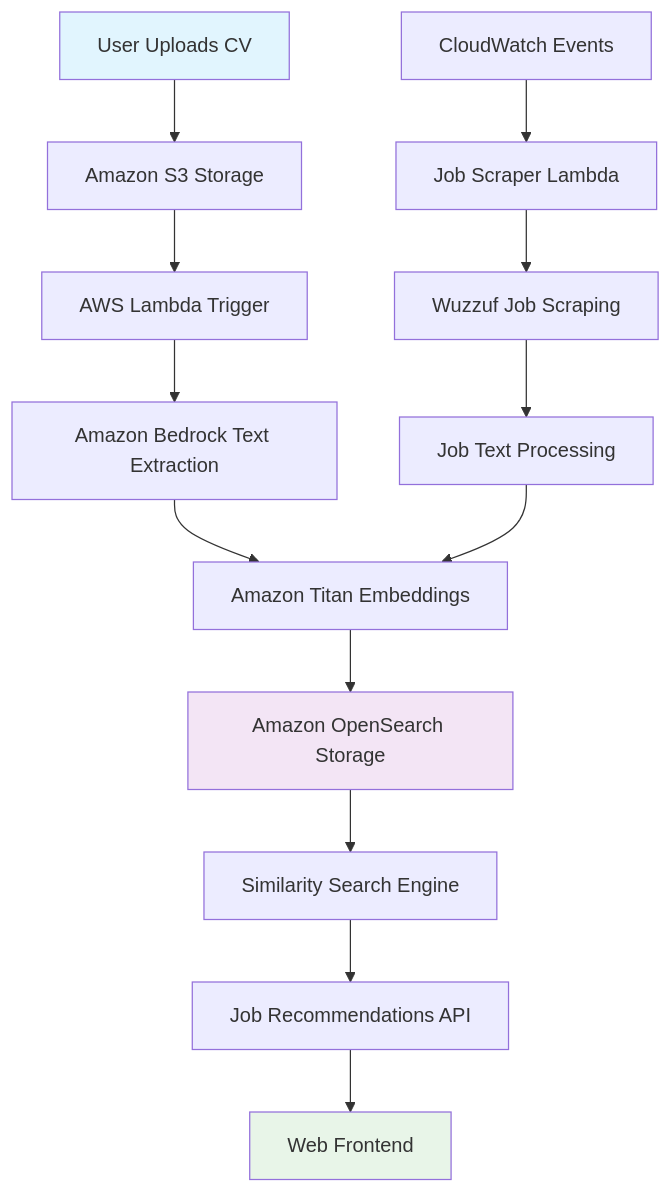
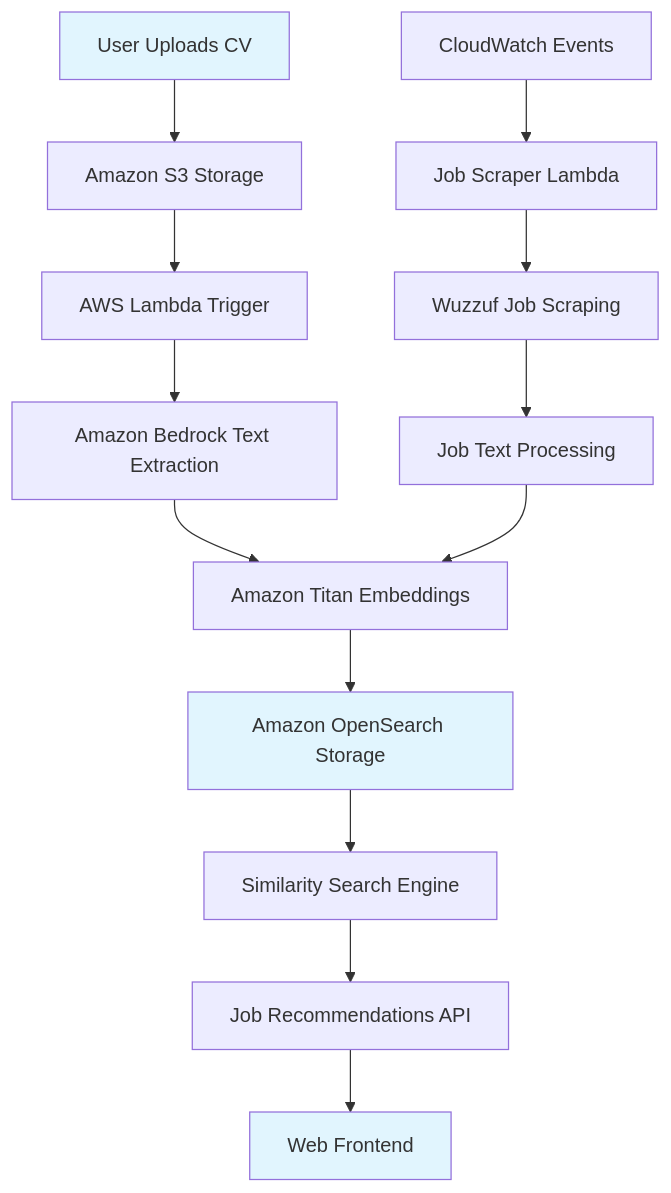
Before and after one commit to mohamedelhariry00/AI-Powered-Job-Recommendation-System: the diagram in Readme.md, drawn with Mermaid.

````diff
--- a/Readme.md
+++ b/Readme.md
@@ -57,21 +57,21 @@
 ```mermaid
 graph TB
     A[User Uploads CV] --> B[Amazon S3 Storage]
     B --> C[AWS Lambda Trigger]
     C --> D[Amazon Bedrock Text Extraction]
     D --> E[Amazon Titan Embeddings]
     E --> F[Amazon OpenSearch Storage]
     
     G[CloudWatch Events] --> H[Job Scraper Lambda]
     H --> I[Wuzzuf Job Scraping]
     I --> J[Job Text Processing]
     J --> E
     
     F --> K[Similarity Search Engine]
     K --> L[Job Recommendations API]
     L --> M[Web Frontend]
 
     style A fill:#e1f5fe
-    style F fill:#f3e5f5
-    style M fill:#e8f5e8
+    style F fill:#e1f5fe
+    style M fill:#e1f5fe
 ```
````
